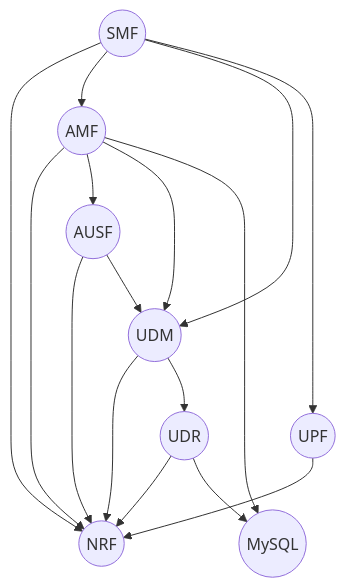
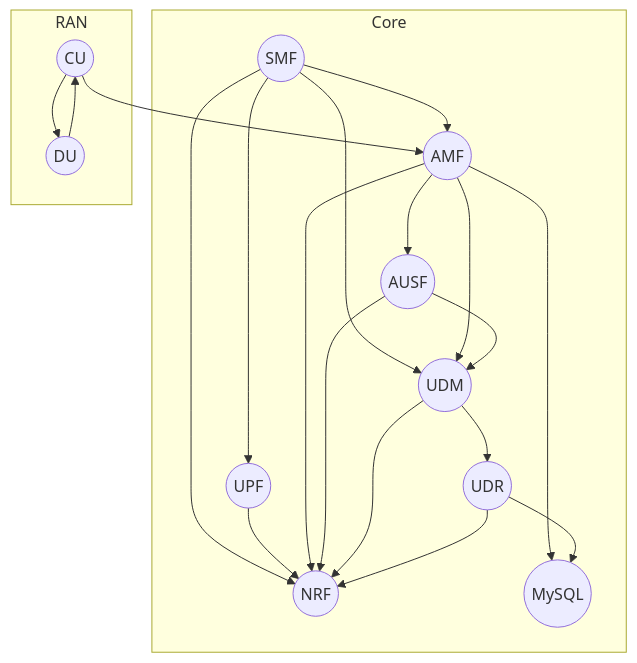
One commit to gruyaume/charmed-oai-5g changed the diagram in docs/reference/model.md. Above: the diagram before and after it, drawn with Mermaid. The commit also changed other lines of this file and 6 other files, not shown here.

````diff
--- a/docs/reference/model.md
+++ b/docs/reference/model.md
@@ -3,18 +3,35 @@
 ```mermaid
 flowchart TD;
-      udr((UDR))-->nrf((NRF))
-      udm((UDM))-->nrf((NRF))
-      ausf((AUSF))-->nrf((NRF))
-      amf((AMF))-->nrf((NRF))
-      udr((UDR))-->mysql((MySQL))
-      udm((UDM))-->udr((UDR))
-      ausf((AUSF))-->udm((UDM))
-      amf((AMF))-->ausf((AUSF))
-      amf((AMF))-->udm((UDM))
-      amf((AMF))-->mysql((MySQL))
-      upf((UPF))-->nrf((NRF))
-      smf((SMF))-->nrf((NRF))
-      smf((SMF))-->amf((AMF))
-      smf((SMF))-->udm((UDM))
-      smf((SMF))-->upf((UPF))
+    subgraph Core
+        smf((SMF))-->amf((AMF))
+        smf((SMF))-->nrf((NRF))
+        smf((SMF))-->udm((UDM))
+        smf((SMF))-->upf((UPF))
+        upf((UPF))-->nrf((NRF))
+        amf((AMF))-->ausf((AUSF))
+        amf((AMF))-->udm((UDM))
+        amf((AMF))-->nrf((NRF))
+        amf((AMF))-->mysql((MySQL))
+        ausf((AUSF))-->udm((UDM))
+        ausf((AUSF))-->nrf((NRF))
+        udm((UDM))-->nrf((NRF))
+        udm((UDM))-->udr((UDR))
+        udr((UDR))-->mysql((MySQL))
+        udr((UDR))-->nrf((NRF))
+      end
+      subgraph RAN
+        cu((CU))-->amf((AMF))
+        cu((CU))-->du((DU))
+        du((DU))-->cu((CU))
+      end
+      click smf "https://charmhub.io/oai-5g-smf"
+      click upf "https://charmhub.io/oai-5g-upf"
+      click amf "https://charmhub.io/oai-5g-amf"
+      click ausf "https://charmhub.io/oai-5g-ausf"
+      click udm "https://charmhub.io/oai-5g-udm"
+      click udr "https://charmhub.io/oai-5g-udr"
+      click nrf "https://charmhub.io/oai-5g-nrf"
+      click mysql "https://charmhub.io/mysql-k8s"
+      click cu "https://charmhub.io/oai-5g-cu"
+      click du "https://charmhub.io/oai-5g-du"
 ```
````
